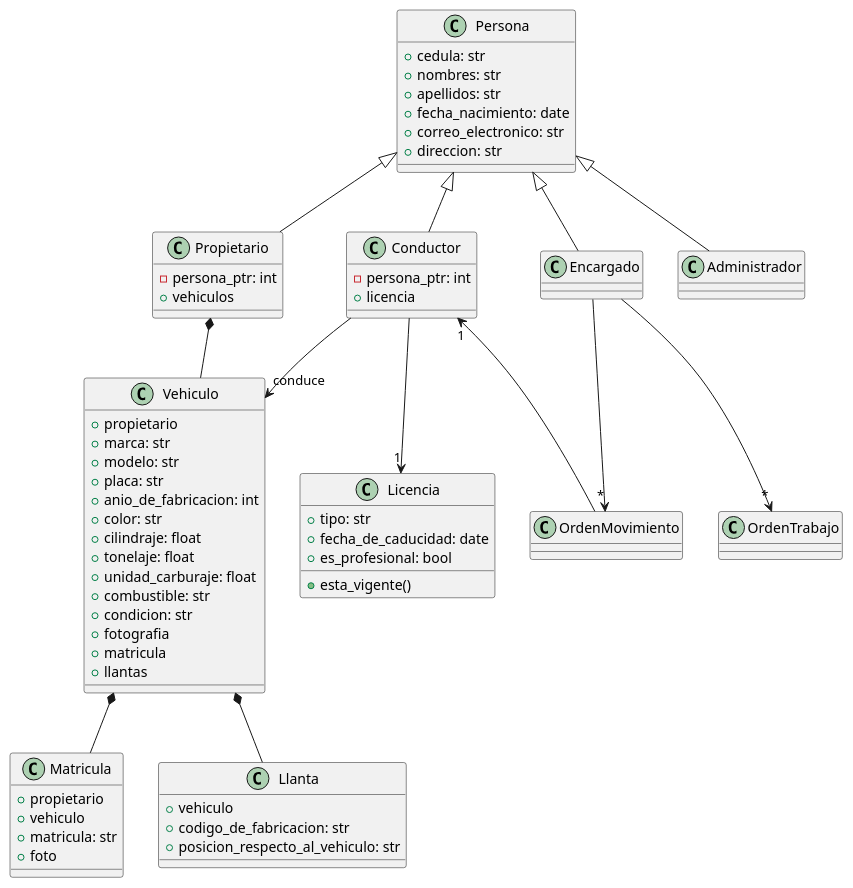
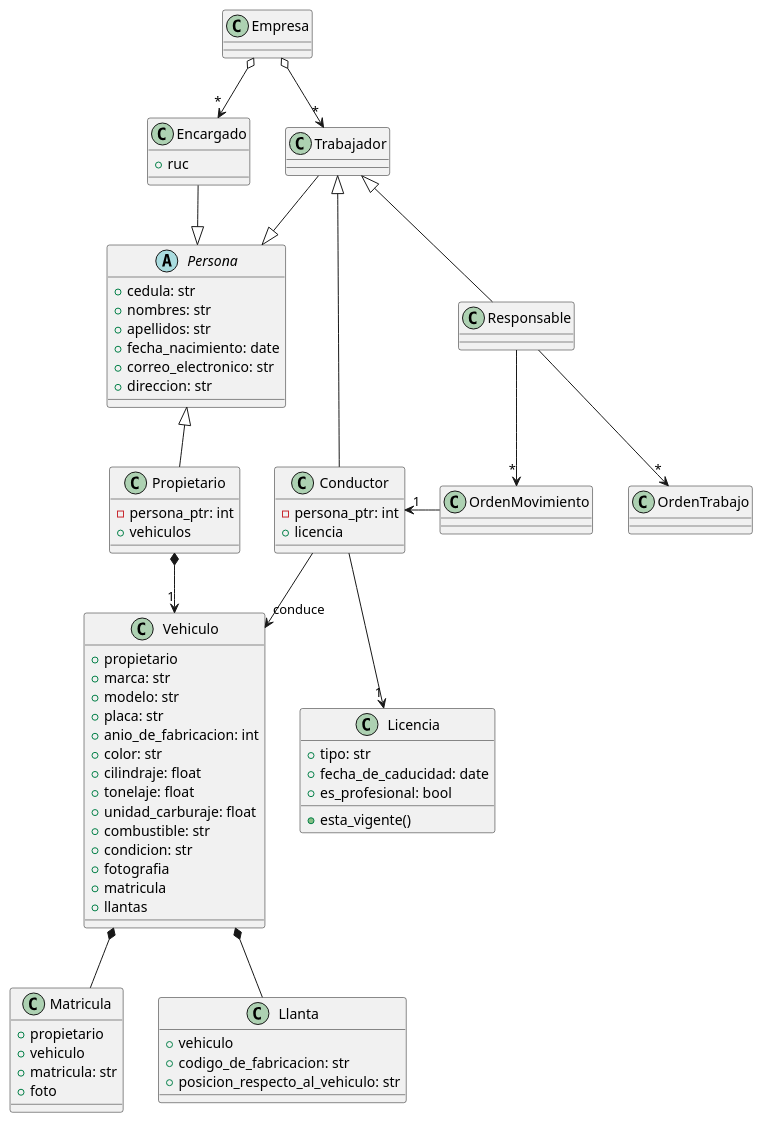
One commit to xeland314/acv_system changed the diagram in docs/db.puml. Above: the diagram before and after it, drawn with PlantUML. The commit also changed 2 other files, not shown here.

```diff
--- a/docs/db.puml
+++ b/docs/db.puml
@@ -1,82 +1,94 @@
 @startuml DB
 
-class Persona {
+class Empresa {
+
+}
+
+abstract class Persona {
     +cedula: str
     +nombres: str
     +apellidos: str
     +fecha_nacimiento: date
     +correo_electronico: str
     +direccion: str
+}
+
+class Encargado {
+    + ruc
+}
+
+class Trabajador {
+
 }
 
 class Propietario {
     -persona_ptr: int
     +vehiculos
 }
 
 class Conductor {
     -persona_ptr: int
     +licencia
 }
 
 class Encargado {
-
-}
-
-class Administrador {
 
 }
 
 class Vehiculo {
     +propietario
     +marca: str
     +modelo: str
     +placa: str
     +anio_de_fabricacion: int
     +color: str
     +cilindraje: float
     +tonelaje: float
     +unidad_carburaje: float
     +combustible: str
     +condicion: str
     +fotografia
     +matricula
     +llantas
 }
 
 class Licencia {
     +tipo: str
     +fecha_de_caducidad: date
     +es_profesional: bool
     +esta_vigente()
 }
 
 class Matricula {
     +propietario
     +vehiculo
     +matricula: str
     +foto
 }
 
 class Llanta {
     +vehiculo
     +codigo_de_fabricacion: str
     +posicion_respecto_al_vehiculo: str
 }
 
+Trabajador --|> Persona
+Encargado --|> Persona
+Empresa o--> "*" Trabajador
+Empresa o--> "*" Encargado
+
 Persona <|-- Propietario
-Persona <|-- Conductor
-Persona <|-- Encargado
-Persona <|-- Administrador
-Propietario *-- Vehiculo
+Trabajador <|-- Conductor
+Trabajador <|-- Responsable
+Propietario *--> "1" Vehiculo
 Conductor --> "1" Licencia
 Conductor --> "conduce" Vehiculo
 Vehiculo *-- Matricula
 Vehiculo *-- Llanta
 
-Encargado --> "*" OrdenTrabajo
-Encargado --> "*" OrdenMovimiento
+Responsable --> "*" OrdenTrabajo
+Responsable --> "*" OrdenMovimiento
 
 OrdenMovimiento -left-> "1" Conductor
 
 @enduml
```
